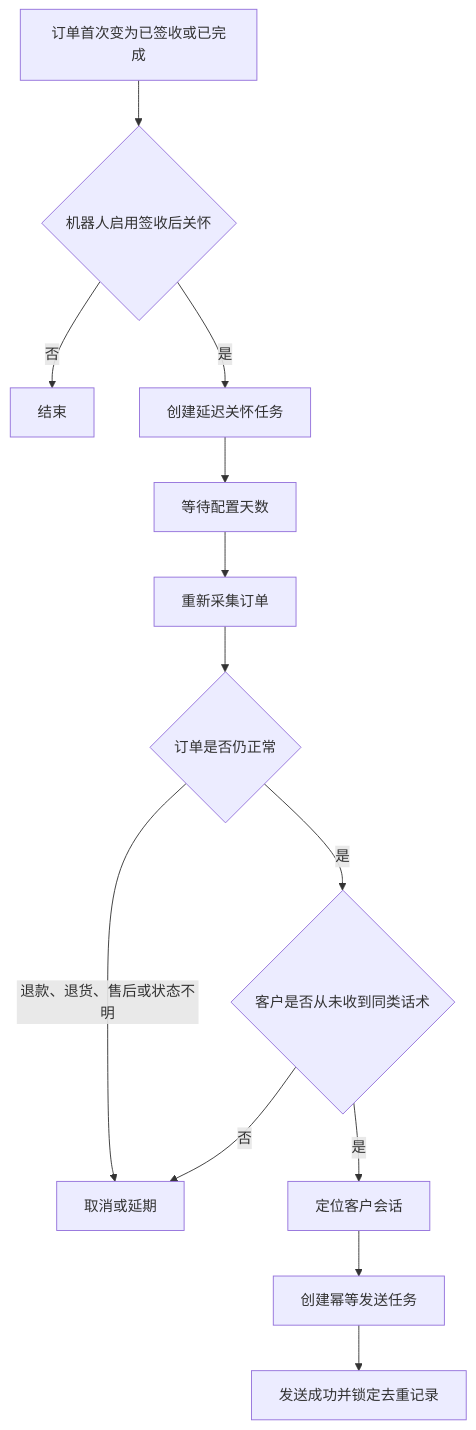
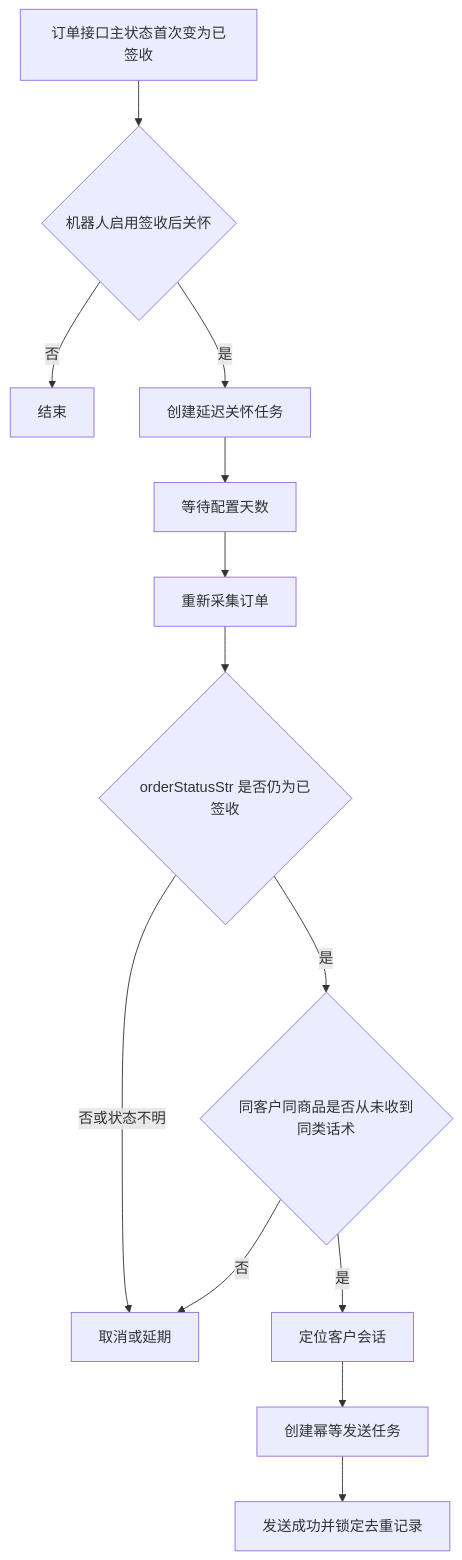
Before and after one commit to iWang-g/ai-customer-service: the fourth of 4 diagrams in docs/客户订单采集与主动话术策略方案.md, drawn with Mermaid. The commit also changed other lines of this file and 13 other files, not shown here.

````diff
--- a/docs/客户订单采集与主动话术策略方案.md
+++ b/docs/客户订单采集与主动话术策略方案.md
@@ -442,15 +470,15 @@
 ```mermaid
 flowchart TD
-    A["订单首次变为已签收或已完成"] --> B{"机器人启用签收后关怀"}
+    A["订单接口主状态首次变为已签收"] --> B{"机器人启用签收后关怀"}
     B -->|"否"| C["结束"]
     B -->|"是"| D["创建延迟关怀任务"]
     D --> E["等待配置天数"]
     E --> F["重新采集订单"]
-    F --> G{"订单是否仍正常"}
-    G -->|"退款、退货、售后或状态不明"| H["取消或延期"]
-    G -->|"是"| I{"客户是否从未收到同类话术"}
+    F --> G{"orderStatusStr 是否仍为已签收"}
+    G -->|"否或状态不明"| H["取消或延期"]
+    G -->|"是"| I{"同客户同商品是否从未收到同类话术"}
     I -->|"否"| H
     I -->|"是"| J["定位客户会话"]
     J --> K["创建幂等发送任务"]
     K --> L["发送成功并锁定去重记录"]
 ```
````
